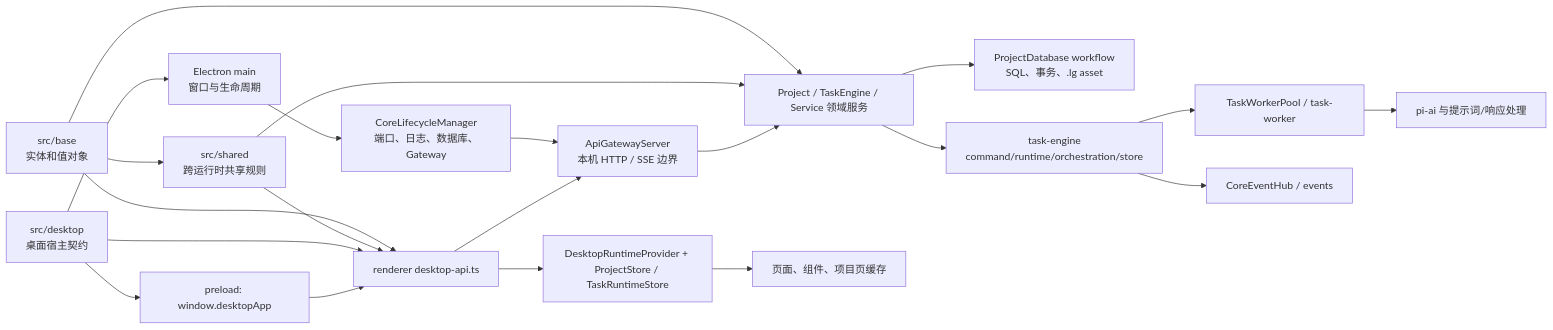
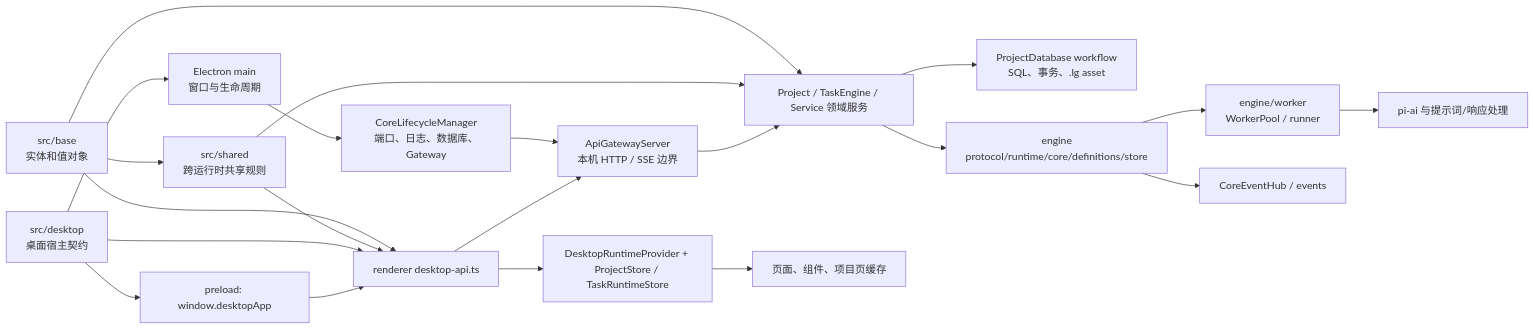
Before and after one commit to neavo/LinguaGacha: the first of 3 diagrams in docs/ARCHITECTURE.md, drawn with Mermaid. The commit also changed other lines of this file and 152 other files, not shown here.

````diff
--- a/docs/ARCHITECTURE.md
+++ b/docs/ARCHITECTURE.md
@@ -19,23 +19,23 @@
 ```mermaid
 flowchart LR
   N["src/base<br/>实体和值对象"] --> D
   N --> J
   N --> S["src/shared<br/>跨运行时共享规则"]
   S --> D
   S --> J
   X["src/desktop<br/>桌面宿主契约"] --> A
   X --> I
   X --> J
   A["Electron main<br/>窗口与生命周期"] --> B["CoreLifecycleManager<br/>端口、日志、数据库、Gateway"]
   B --> C["ApiGatewayServer<br/>本机 HTTP / SSE 边界"]
   C --> D["Project / TaskEngine / Service 领域服务"]
   D --> E["ProjectDatabase workflow<br/>SQL、事务、.lg asset"]
-  D --> F["task-engine<br/>command/runtime/orchestration/store"]
-  F --> G["TaskWorkerPool / task-worker"]
+  D --> F["engine<br/>protocol/runtime/core/definitions/store"]
+  F --> G["engine/worker<br/>WorkerPool / runner"]
   G --> H["pi-ai 与提示词/响应处理"]
   F --> M["CoreEventHub / events"]
   I["preload: window.desktopApp"] --> J["renderer desktop-api.ts"]
   J --> C
   J --> K["DesktopRuntimeProvider + ProjectStore / TaskRuntimeStore"]
   K --> L["页面、组件、项目页缓存"]
 ```
````
